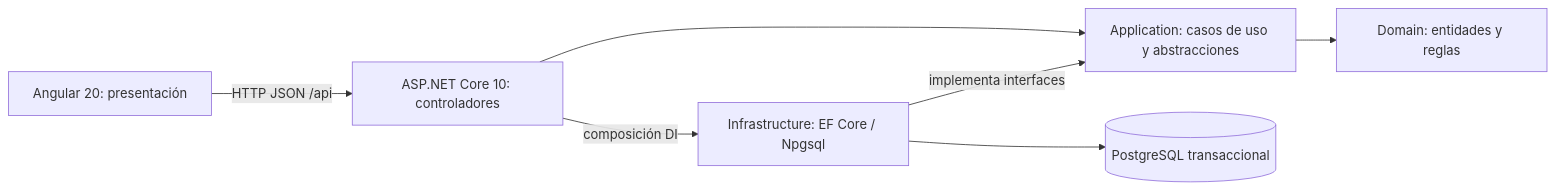
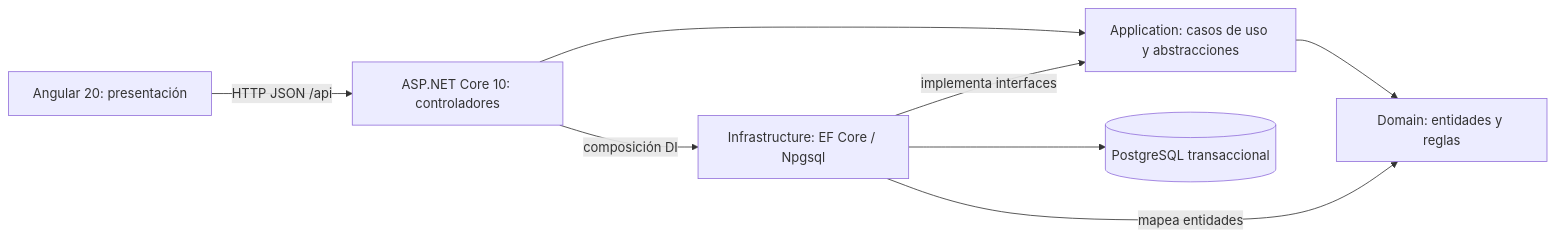
One commit to pvblo47/dumbo-supermercado changed the diagram in docs/ARQUITECTURA.md. Above: the diagram before and after it, drawn with Mermaid. The commit also changed other lines of this file and 10 other files, not shown here.

````diff
--- a/docs/ARQUITECTURA.md
+++ b/docs/ARQUITECTURA.md
@@ -5,9 +5,10 @@
 ```mermaid
 flowchart LR
   Angular[Angular 20: presentación] -->|HTTP JSON /api| Api[ASP.NET Core 10: controladores]
   Api --> App[Application: casos de uso y abstracciones]
   App --> Domain[Domain: entidades y reglas]
   Api -->|composición DI| Infra[Infrastructure: EF Core / Npgsql]
   Infra -->|implementa interfaces| App
+  Infra -->|mapea entidades| Domain
   Infra --> PostgreSQL[(PostgreSQL transaccional)]
 ```
````
